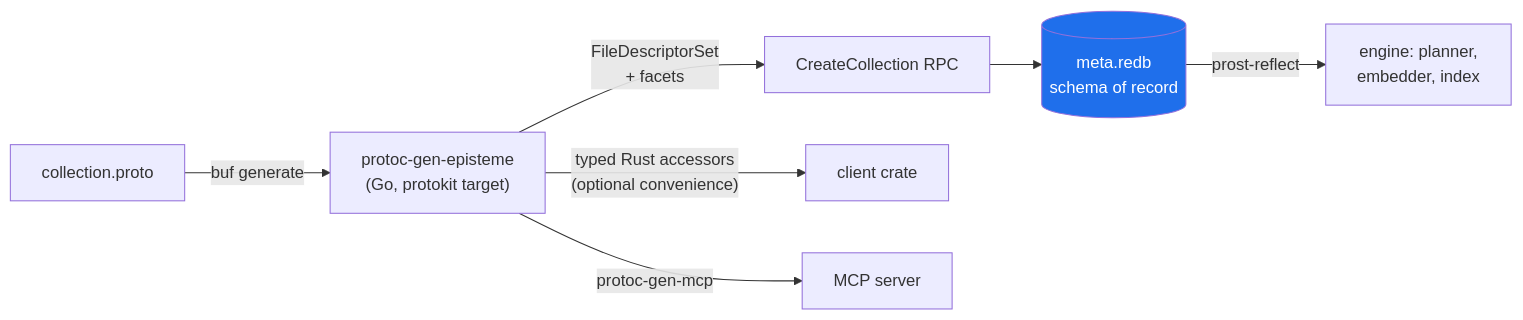
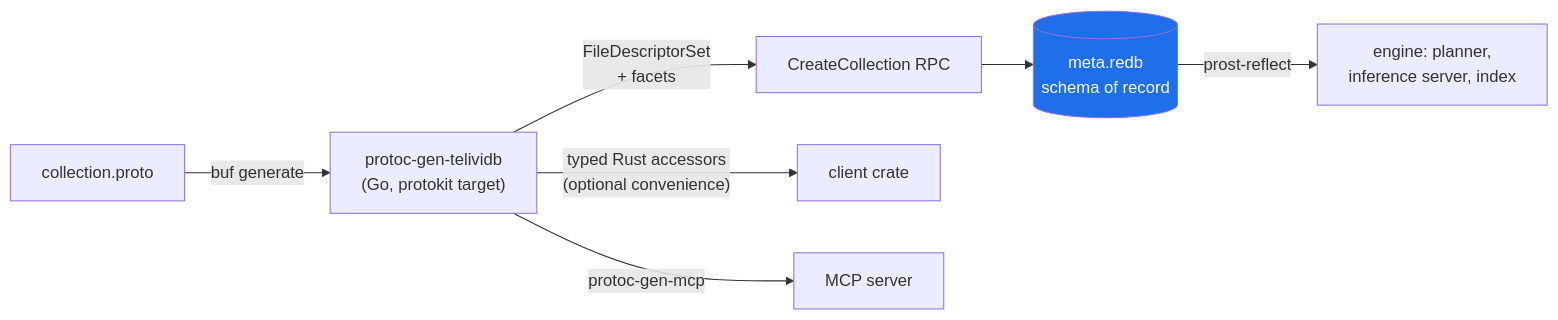
The second of 11 diagrams in docs/ARCHITECTURE.md (the-protobuf-project/telividb), drawn with Mermaid before and after one commit. The commit also changed other lines of this file and 325 other files, not shown here.

````diff
--- a/docs/ARCHITECTURE.md
+++ b/docs/ARCHITECTURE.md
@@ -225,11 +249,11 @@
 ```mermaid
 flowchart LR
-    P["collection.proto"] -->|"buf generate"| G["protoc-gen-episteme<br/>(Go, protokit target)"]
+    P["collection.proto"] -->|"buf generate"| G["protoc-gen-telividb<br/>(Go, protokit target)"]
     G -->|"FileDescriptorSet<br/>+ facets"| A["CreateCollection RPC"]
     G -->|"typed Rust accessors<br/>(optional convenience)"| R["client crate"]
     G -->|"protoc-gen-mcp"| M["MCP server"]
     A --> DB[("meta.redb<br/>schema of record")]
-    DB -->|"prost-reflect"| E["engine: planner,<br/>embedder, index"]
+    DB -->|"prost-reflect"| E["engine: planner,<br/>inference server, index"]
 
     style DB fill:#1f6feb,color:#fff
 ```
````
